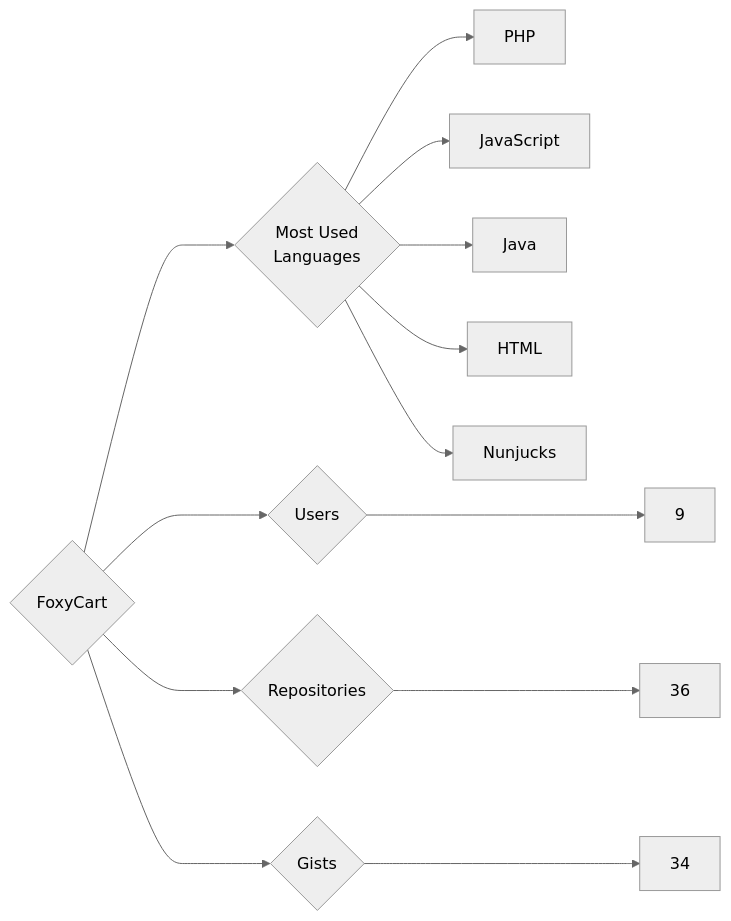
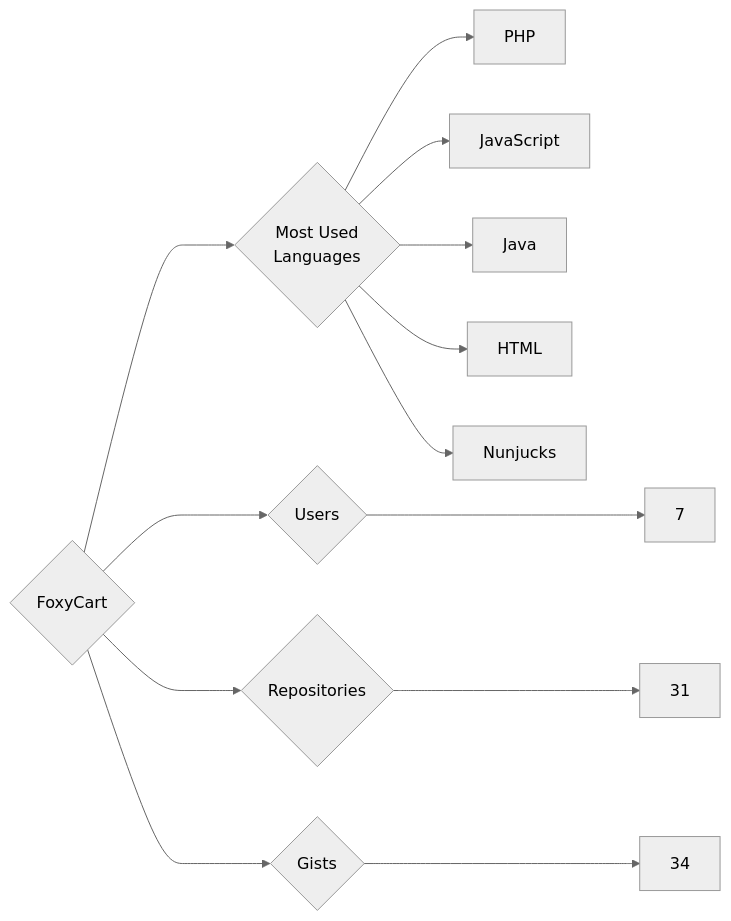
The diagram in targets/FoxyCart/README.md (trickest/insiders), drawn with Mermaid (neutral theme) before and after one commit. The commit also changed 1212 other files, not shown here.

````diff
--- a/targets/FoxyCart/README.md
+++ b/targets/FoxyCart/README.md
@@ -3,13 +3,13 @@
 ```mermaid
 graph LR
 COMPANY_NAME{FoxyCart}
-COMPANY_NAME ---> U{Users} ---> UN[9]
-COMPANY_NAME ---> R{Repositories} ---> RN[36]
+COMPANY_NAME ---> U{Users} ---> UN[7]
+COMPANY_NAME ---> R{Repositories} ---> RN[31]
 COMPANY_NAME ---> G{Gists} ---> GN[34]
 COMPANY_NAME ---> ML{Most Used<br>Languages}
 ML --> PHP[PHP]
 ML --> JavaScript[JavaScript]
 ML --> Java[Java]
 ML --> HTML[HTML]
 ML --> Nunjucks[Nunjucks]
 ```
````
